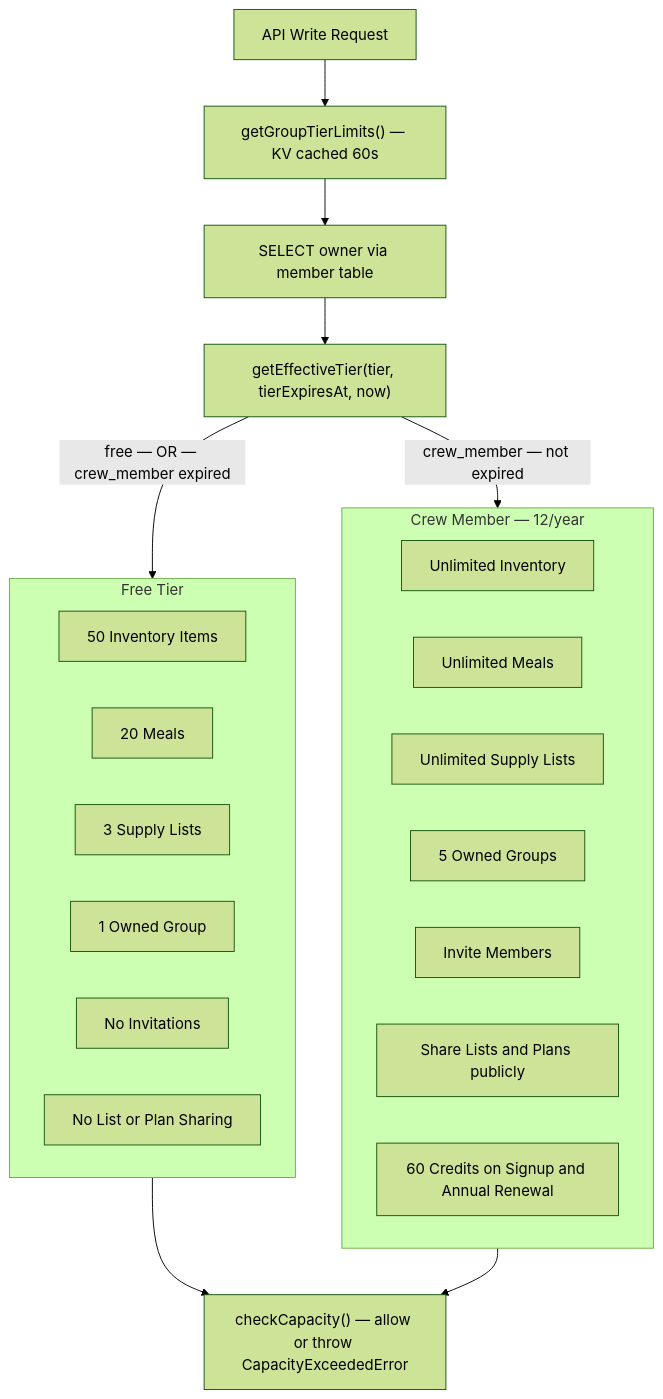
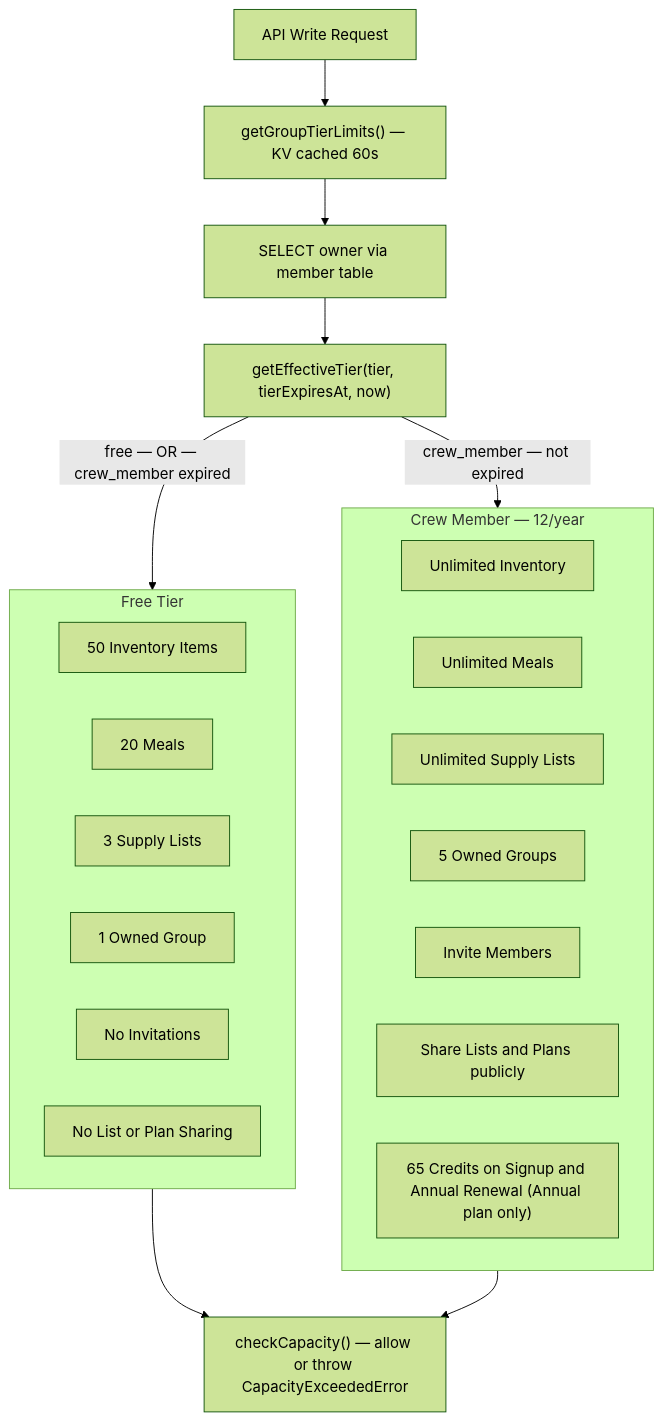
Diagram 15 of 16 in README.md (bjamesdowning/ration-mirror), drawn with Mermaid (forest theme) before and after one commit. The commit also changed other lines of this file and 11 other files, not shown here.

````diff
--- a/README.md
+++ b/README.md
@@ -1082,31 +1083,31 @@
 ```mermaid
 flowchart TB
     subgraph FreeTier["Free Tier"]
         F1["50 Inventory Items"]
         F2["20 Meals"]
         F3["3 Supply Lists"]
         F4["1 Owned Group"]
         F5["No Invitations"]
         F6["No List or Plan Sharing"]
     end
 
     subgraph CrewTier["Crew Member — 12/year"]
         C1["Unlimited Inventory"]
         C2["Unlimited Meals"]
         C3["Unlimited Supply Lists"]
         C4["5 Owned Groups"]
         C5["Invite Members"]
         C6["Share Lists and Plans publicly"]
-        C7["60 Credits on Signup and Annual Renewal"]
+        C7["65 Credits on Signup and Annual Renewal (Annual plan only)"]
     end
 
     CheckRequest["API Write Request"] --> GetTier["getGroupTierLimits() — KV cached 60s"]
     GetTier --> FindOwner["SELECT owner via member table"]
     FindOwner --> CheckExpiry["getEffectiveTier(tier, tierExpiresAt, now)"]
 
     CheckExpiry -->|"crew_member — not expired"| CrewTier
     CheckExpiry -->|"free — OR — crew_member expired"| FreeTier
 
     FreeTier --> Enforce["checkCapacity() — allow or throw CapacityExceededError"]
     CrewTier --> Enforce
 ```
````
